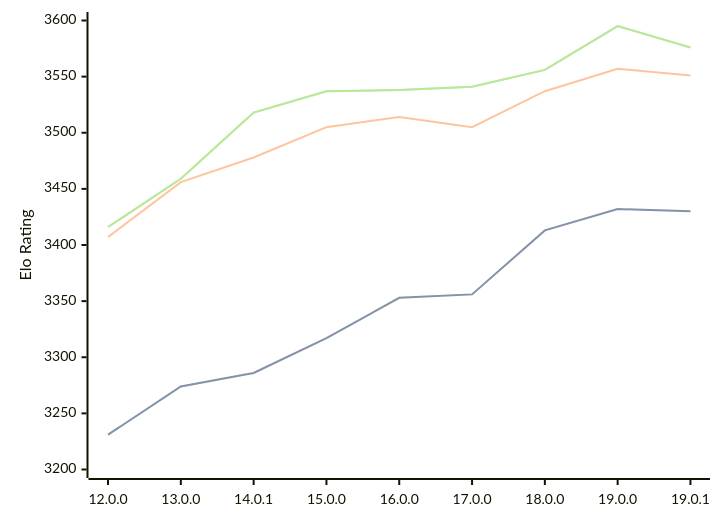
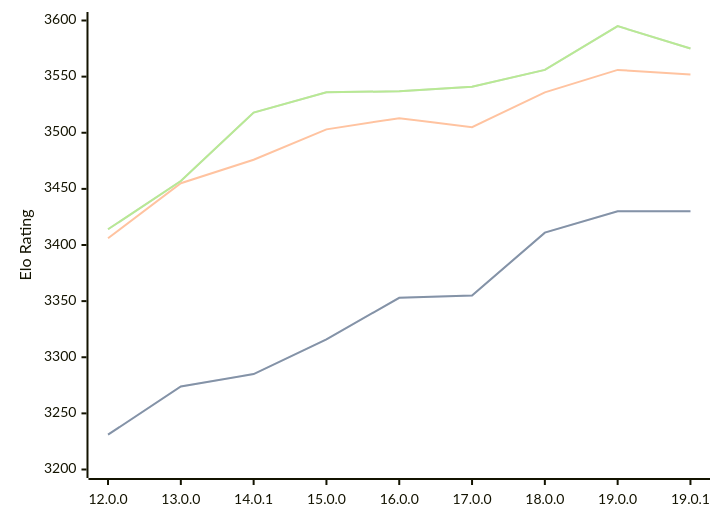
Before and after one commit to computer-chess-index/cci: the diagram in engines/Viridithas.md, drawn with Mermaid. The commit also changed other lines of this file, not shown here.

Commit message:
Update CCI Ratings (ELO VLTC) - 2026-03-23

````diff
--- a/engines/Viridithas.md
+++ b/engines/Viridithas.md
@@ -63,11 +63,11 @@
 ```mermaid
 %%{init: {"theme":"base","themeVariables":{"seriesColors:['#a3a3a3','#222221','#faa371']}}}%%
 xychart-beta
   x-axis ["12.0.0", "13.0.0", "14.0.1", "15.0.0", "16.0.0", "17.0.0", "18.0.0", "19.0.0", "19.0.1"]
   y-axis "Elo Rating" 3200 --> 3600
-  line "STC (8.0+0.08s)" [3231, 3274, 3286, 3317, 3353, 3356, 3413, 3432, 3430]
-  line "STC (8.0+0.08s)" [3231, 3274, 3286, 3317, 3353, 3356, 3413, 3432, 3430]
-  line "LTC (60.0+0.60s)" [3407, 3456, 3478, 3505, 3514, 3505, 3537, 3557, 3551]
-  line "VLTC (2m24s+1.12s)" [3416, 3459, 3518, 3537, 3538, 3541, 3556, 3595, 3576]
-  line "VLTC (2m24s+1.12s)" [3416, 3459, 3518, 3537, 3538, 3541, 3556, 3595, 3576]
+  line "STC (8.0+0.08s)" [3231, 3274, 3285, 3316, 3353, 3355, 3411, 3430, 3430]
+  line "STC (8.0+0.08s)" [3231, 3274, 3285, 3316, 3353, 3355, 3411, 3430, 3430]
+  line "LTC (60.0+0.60s)" [3406, 3455, 3476, 3503, 3513, 3505, 3536, 3556, 3552]
+  line "VLTC (2m24s+1.12s)" [3414, 3457, 3518, 3536, 3537, 3541, 3556, 3595, 3575]
+  line "VLTC (2m24s+1.12s)" [3414, 3457, 3518, 3536, 3537, 3541, 3556, 3595, 3575]
 ```
````
